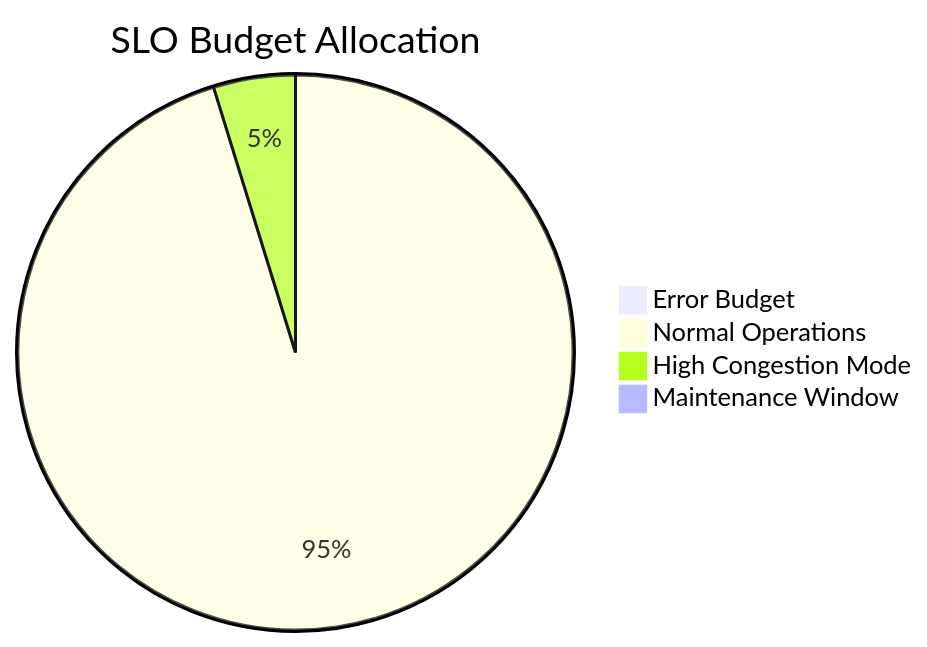
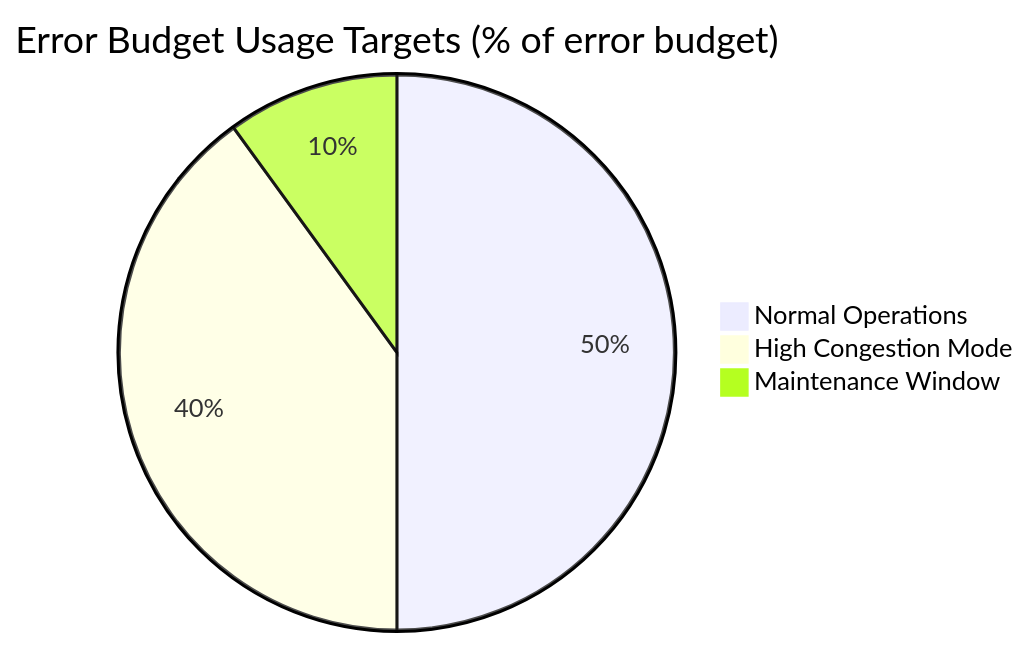
Before and after one commit to ljg-cqu/knowledge: the second of 2 diagrams in Workplace/Interview/Blockchain/Posts/RustDeveloper/RustSeniorDev/QA/Roadmap/Qwen3Max.md, drawn with Mermaid. The commit also changed other lines of this file and 18 other files, not shown here.

````diff
--- a/Workplace/Interview/Blockchain/Posts/RustDeveloper/RustSeniorDev/QA/Roadmap/Qwen3Max.md
+++ b/Workplace/Interview/Blockchain/Posts/RustDeveloper/RustSeniorDev/QA/Roadmap/Qwen3Max.md
@@ -112,8 +112,7 @@
 ```mermaid
 pie
-    title SLO Budget Allocation
-    "Error Budget" : 0.1
-    "Normal Operations" : 99.9
-    "High Congestion Mode" : 5.0
-    "Maintenance Window" : 0.5
+    title Error Budget Usage Targets (% of error budget)
+    "Normal Operations" : 50
+    "High Congestion Mode" : 40
+    "Maintenance Window" : 10
 ```
````
